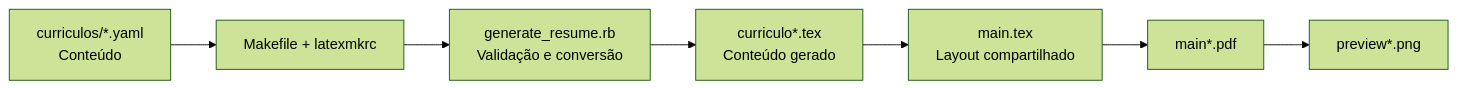
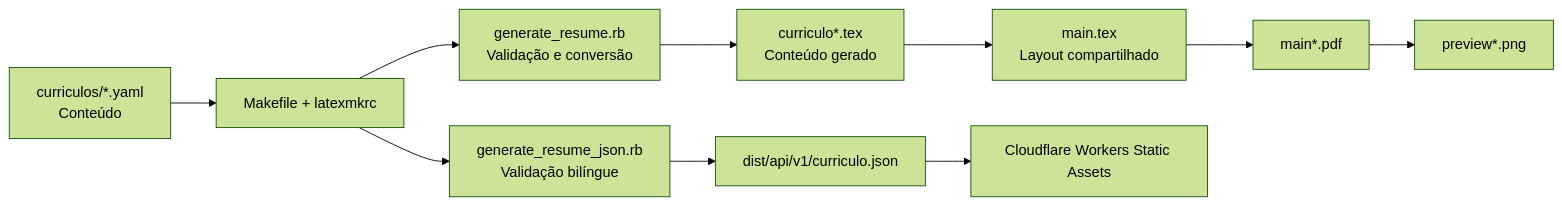
Before and after one commit to mericxy/meu-curriculo: the diagram in CONTRIBUTING.md, drawn with Mermaid (forest theme). The commit also changed other lines of this file and 8 other files, not shown here.

Commit message:
Publish bilingual resume API

````diff
--- a/CONTRIBUTING.md
+++ b/CONTRIBUTING.md
@@ -23,9 +23,12 @@
 ```mermaid
 flowchart LR
     YAML["curriculos/*.yaml<br/>Conteúdo"] --> MAKE["Makefile + latexmkrc"]
     MAKE --> SCRIPT["generate_resume.rb<br/>Validação e conversão"]
     SCRIPT --> DATA["curriculo*.tex<br/>Conteúdo gerado"]
     DATA --> LAYOUT["main.tex<br/>Layout compartilhado"]
     LAYOUT --> PDF["main*.pdf"]
     PDF --> PREVIEW["preview*.png"]
+    MAKE --> JSONSCRIPT["generate_resume_json.rb<br/>Validação bilíngue"]
+    JSONSCRIPT --> JSON["dist/api/v1/curriculo.json"]
+    JSON --> WORKER["Cloudflare Workers Static Assets"]
 ```
````
